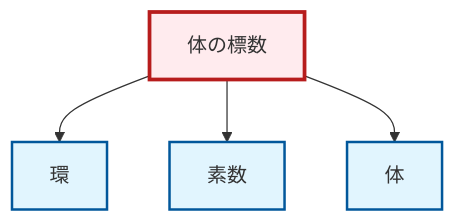
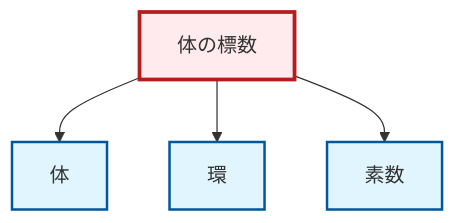
Before and after one commit to RK0429/ModernMath: the diagram in output/mermaid/ja/thm-field-characteristic.mermaid, drawn with Mermaid. The commit also changed other lines of this file and 1712 other files, not shown here.

```diff
--- a/output/mermaid/ja/thm-field-characteristic.mermaid
+++ b/output/mermaid/ja/thm-field-characteristic.mermaid
@@ -1,14 +1,14 @@
 graph TD
     classDef definition fill:#e1f5fe,stroke:#01579b,stroke-width:2px
     classDef theorem fill:#f3e5f5,stroke:#4a148c,stroke-width:2px
     classDef axiom fill:#fff3e0,stroke:#e65100,stroke-width:2px
     classDef example fill:#e8f5e9,stroke:#1b5e20,stroke-width:2px
     classDef current fill:#ffebee,stroke:#b71c1c,stroke-width:3px
+    def-ring["環"]:::definition
     def-field["体"]:::definition
     def-prime["素数"]:::definition
-    def-ring["環"]:::definition
     thm-field-characteristic["体の標数"]:::theorem
+    thm-field-characteristic --> def-field
     thm-field-characteristic --> def-ring
     thm-field-characteristic --> def-prime
-    thm-field-characteristic --> def-field
     class thm-field-characteristic current
```
